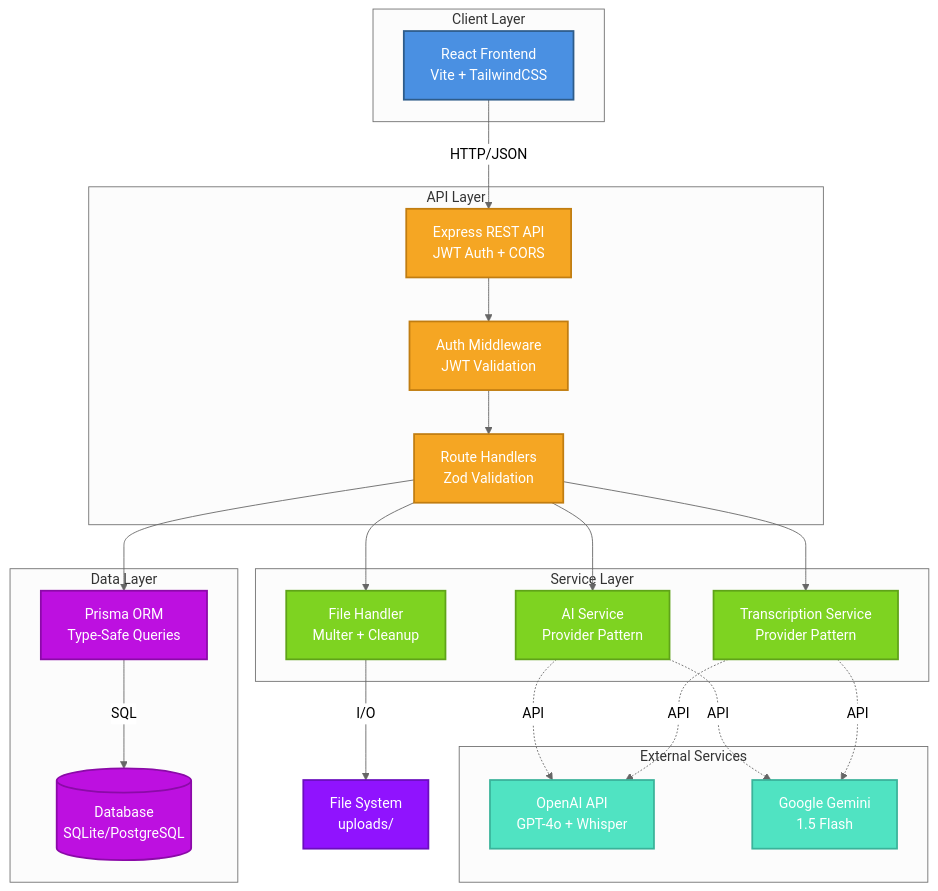
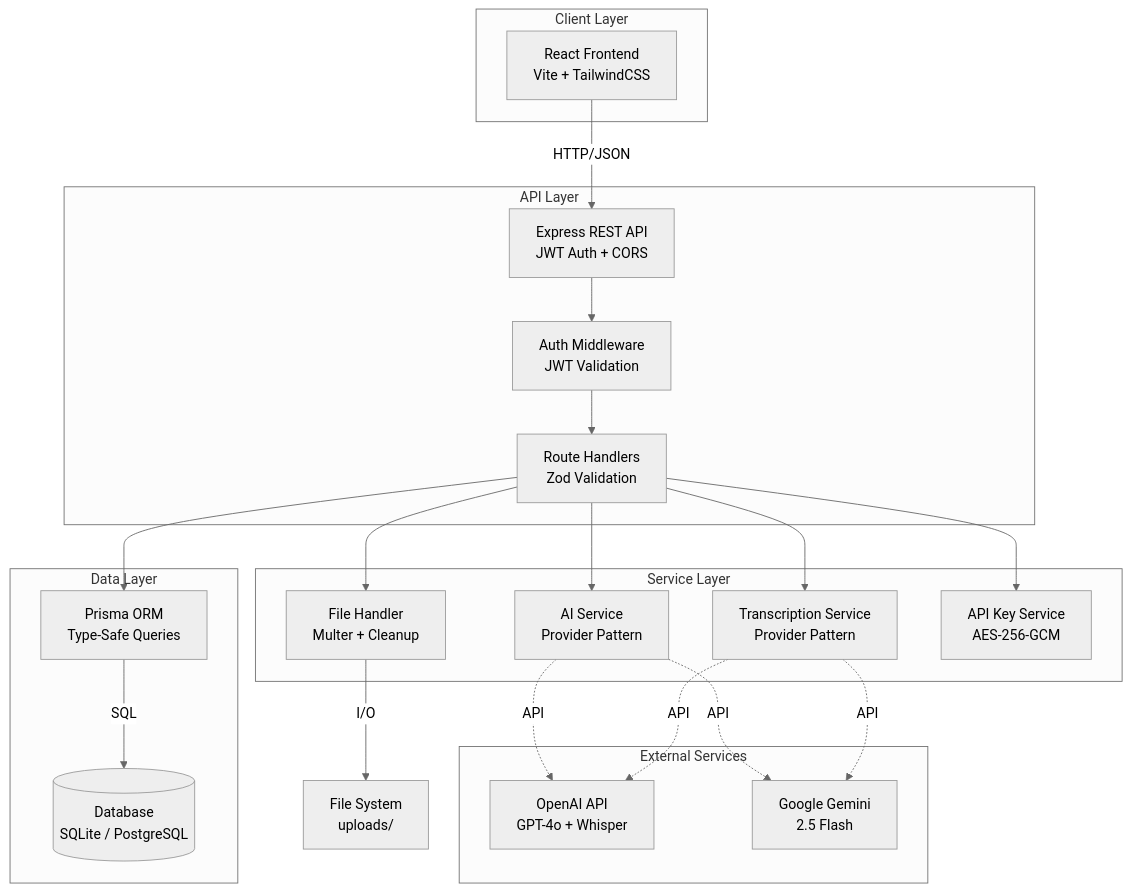
One commit to hasancoded/ai-meeting-copilot changed the diagram in README.md. Above: the diagram before and after it, drawn with Mermaid (neutral theme). The commit also changed other lines of this file and 27 other files, not shown here.

First line of the commit message:
feat: add per-user API key management and model selection

````diff
--- a/README.md
+++ b/README.md
@@ -24,57 +27,46 @@
 ```mermaid
 graph TB
     subgraph Client["Client Layer"]
         UI["React Frontend<br/>Vite + TailwindCSS"]
     end
 
     subgraph API["API Layer"]
         REST["Express REST API<br/>JWT Auth + CORS"]
         AuthMW["Auth Middleware<br/>JWT Validation"]
         RouteH["Route Handlers<br/>Zod Validation"]
     end
 
     subgraph Service["Service Layer"]
         AISvc["AI Service<br/>Provider Pattern"]
         TransSvc["Transcription Service<br/>Provider Pattern"]
         FileSvc["File Handler<br/>Multer + Cleanup"]
+        KeySvc["API Key Service<br/>AES-256-GCM"]
     end
 
     subgraph Data["Data Layer"]
         ORM["Prisma ORM<br/>Type-Safe Queries"]
-        Database[("Database<br/>SQLite/PostgreSQL")]
+        Database[("Database<br/>SQLite / PostgreSQL")]
     end
 
     subgraph External["External Services"]
         OpenAI["OpenAI API<br/>GPT-4o + Whisper"]
-        Gemini["Google Gemini<br/>1.5 Flash"]
+        Gemini["Google Gemini<br/>2.5 Flash"]
     end
 
     UI -->|HTTP/JSON| REST
     REST --> AuthMW
     AuthMW --> RouteH
     RouteH --> AISvc
     RouteH --> TransSvc
     RouteH --> FileSvc
+    RouteH --> KeySvc
     RouteH --> ORM
 
     AISvc -.->|API| OpenAI
     AISvc -.->|API| Gemini
     TransSvc -.->|API| OpenAI
     TransSvc -.->|API| Gemini
 
     ORM -->|SQL| Database
     FileSvc -->|I/O| Storage["File System<br/>uploads/"]
-
-    style UI fill:#4A90E2,stroke:#2E5C8A,stroke-width:2px,color:#fff
-    style REST fill:#F5A623,stroke:#C17D11,stroke-width:2px,color:#fff
-    style AuthMW fill:#F5A623,stroke:#C17D11,stroke-width:2px,color:#fff
-    style RouteH fill:#F5A623,stroke:#C17D11,stroke-width:2px,color:#fff
-    style AISvc fill:#7ED321,stroke:#5FA319,stroke-width:2px,color:#fff
-    style TransSvc fill:#7ED321,stroke:#5FA319,stroke-width:2px,color:#fff
-    style FileSvc fill:#7ED321,stroke:#5FA319,stroke-width:2px,color:#fff
-    style ORM fill:#BD10E0,stroke:#8B0AA8,stroke-width:2px,color:#fff
-    style Database fill:#BD10E0,stroke:#8B0AA8,stroke-width:2px,color:#fff
-    style OpenAI fill:#50E3C2,stroke:#3AB39A,stroke-width:2px,color:#fff
-    style Gemini fill:#50E3C2,stroke:#3AB39A,stroke-width:2px,color:#fff
-    style Storage fill:#9013FE,stroke:#6B0EBE,stroke-width:2px,color:#fff
 ```
````
